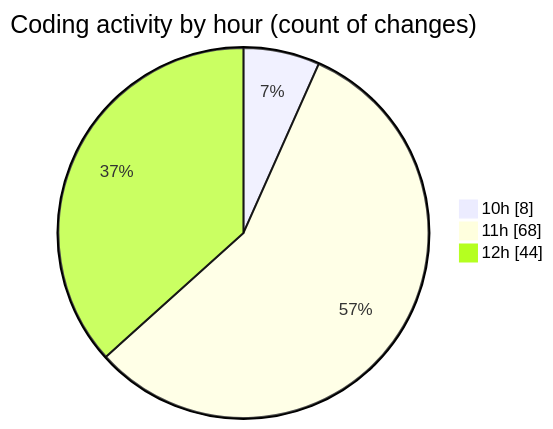
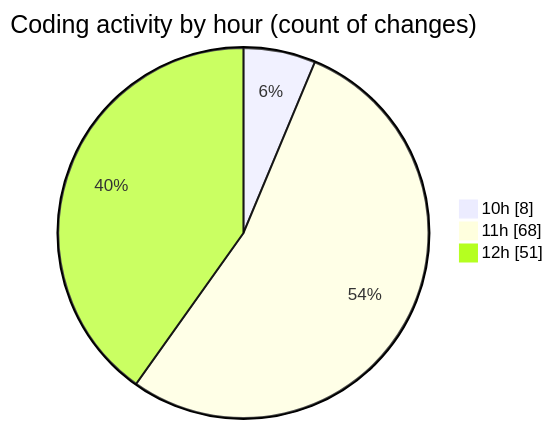
Before and after one commit to nxtqubesakshisongat/code-tracking: the second of 2 diagrams in 2025-08-22/nxtqube_webapp/README.md, drawn with Mermaid. The commit also changed other lines of this file and 1 other file, not shown here.

````diff
--- a/2025-08-22/nxtqube_webapp/README.md
+++ b/2025-08-22/nxtqube_webapp/README.md
@@ -28,7 +28,7 @@
 ```mermaid
 pie showData
 title Coding activity by hour (count of changes)
 "10h" : 8
 "11h" : 68
-"12h" : 44
+"12h" : 51
 ```
````
